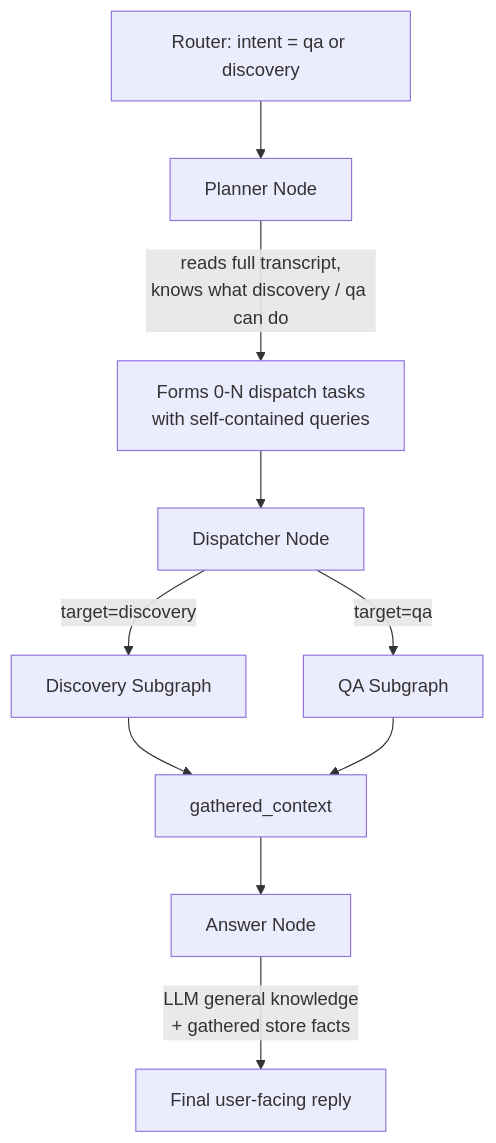
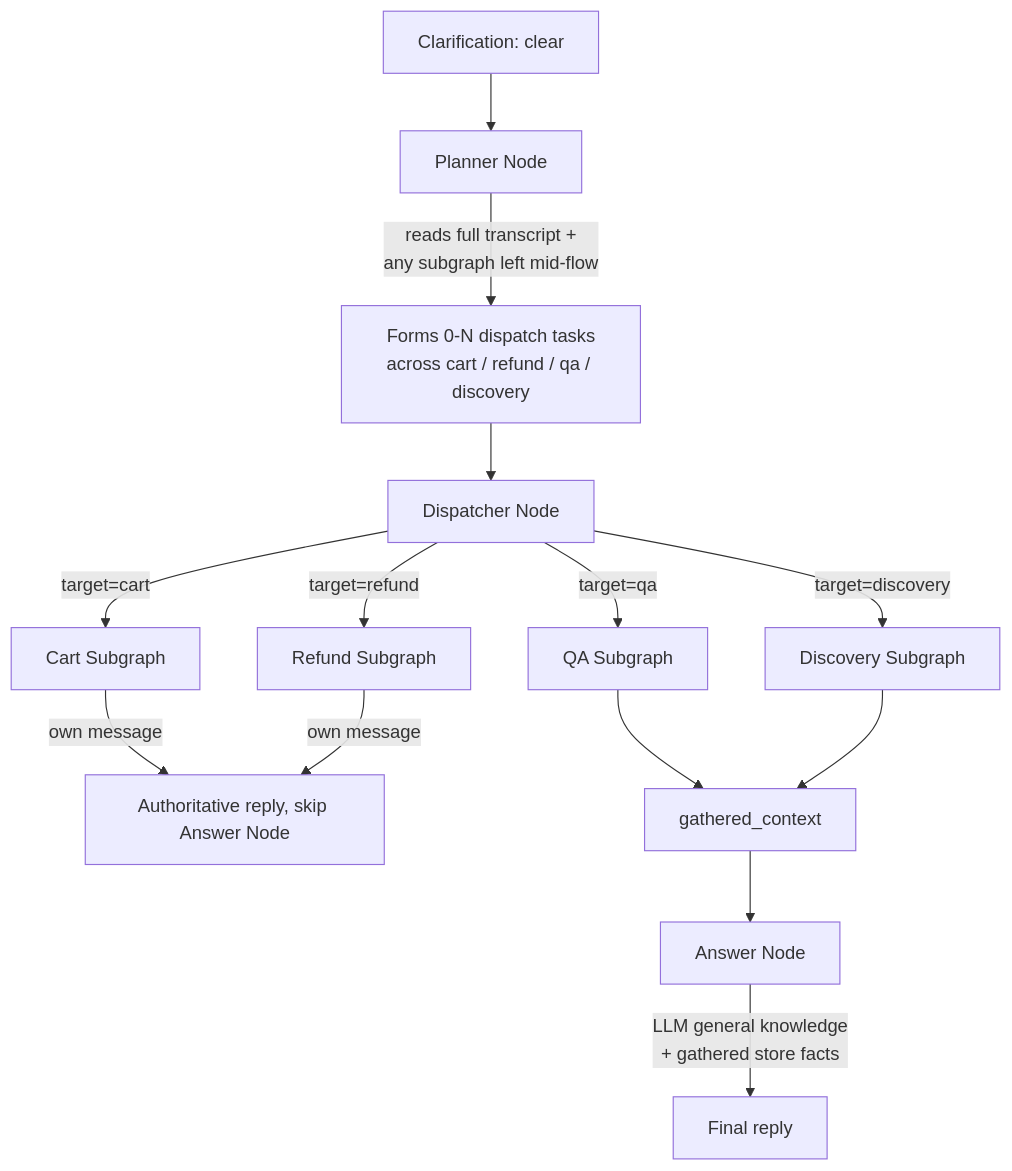
Before and after one commit to nirajp728/quick-commerce-agentic-ai: the seventh of 7 diagrams in README.md, drawn with Mermaid. The commit also changed other lines of this file, not shown here.

````diff
--- a/README.md
+++ b/README.md
@@ -202,12 +208,18 @@
 ```mermaid
 flowchart TD
-    ROUTER[Router: intent = qa or discovery] --> PLANNER[Planner Node]
-    PLANNER -->|reads full transcript,<br/>knows what discovery / qa can do| PLAN[Forms 0-N dispatch tasks<br/>with self-contained queries]
+    CLARIFY[Clarification: clear] --> PLANNER[Planner Node]
+    PLANNER -->|reads full transcript +<br/>any subgraph left mid-flow| PLAN[Forms 0-N dispatch tasks<br/>across cart / refund / qa / discovery]
     PLAN --> DISPATCH[Dispatcher Node]
+
+    DISPATCH -->|target=cart| CART[Cart Subgraph]
+    DISPATCH -->|target=refund| REFUND[Refund Subgraph]
+    DISPATCH -->|target=qa| QGRAPH[QA Subgraph]
     DISPATCH -->|target=discovery| DGRAPH[Discovery Subgraph]
-    DISPATCH -->|target=qa| QGRAPH[QA Subgraph]
-    DGRAPH --> COLLECT[gathered_context]
-    QGRAPH --> COLLECT
+
+    CART -->|own message| DIRECT[Authoritative reply, skip Answer Node]
+    REFUND -->|own message| DIRECT
+    QGRAPH --> COLLECT[gathered_context]
+    DGRAPH --> COLLECT
     COLLECT --> ANSWER[Answer Node]
-    ANSWER -->|LLM general knowledge<br/>+ gathered store facts| REPLY[Final user-facing reply]
+    ANSWER -->|LLM general knowledge<br/>+ gathered store facts| REPLY[Final reply]
 ```
````
